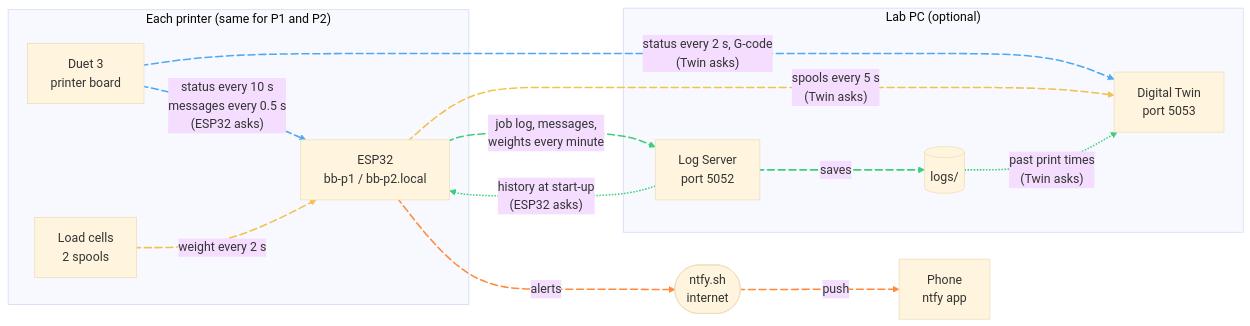
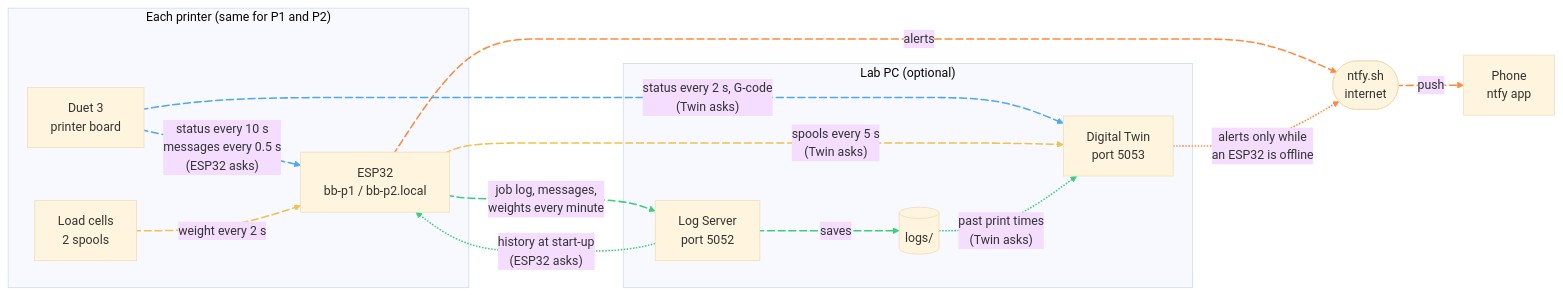
The diagram in README.md (rodriguezosvaldo/LARRI_BlackbeltPrinter), drawn with Mermaid (base theme) before and after one commit. The commit also changed other lines of this file and 5 other files, not shown here.

````diff
--- a/README.md
+++ b/README.md
@@ -48,40 +50,41 @@
 ```mermaid
 flowchart LR
   subgraph PR["Each printer (same for P1 and P2)"]
     D["Duet 3<br/>printer board"]
     C["Load cells<br/>2 spools"]
     E["ESP32<br/>bb-p1 / bb-p2.local"]
   end
   subgraph PC["Lab PC (optional)"]
     LS["Log Server<br/>port 5052"]
     LOGS[("logs/")]
     TW["Digital Twin<br/>port 5053"]
   end
   NT(["ntfy.sh<br/>internet"])
   PH["Phone<br/>ntfy app"]
 
   D e0@-->|"status every 10 s<br/>messages every 0.5 s<br/>(ESP32 asks)"| E
   C e1@-->|"weight every 2 s"| E
   E e2@-->|"alerts"| NT
   NT e3@-->|"push"| PH
   E e4@-->|"job log, messages,<br/>weights every minute"| LS
   LS e5@-.->|"history at start-up<br/>(ESP32 asks)"| E
   LS e6@-->|"saves"| LOGS
   D e7@-->|"status every 2 s, G-code<br/>(Twin asks)"| TW
   E e8@-->|"spools every 5 s<br/>(Twin asks)"| TW
   LOGS e9@-.->|"past print times<br/>(Twin asks)"| TW
+  TW e10@-.->|"alerts only while<br/>an ESP32 is offline"| NT
 
   e0@{ animate: true }
   e1@{ animate: true }
   e2@{ animate: true }
   e3@{ animate: true }
   e4@{ animate: true }
   e6@{ animate: true }
   e7@{ animate: true }
   e8@{ animate: true }
 
   linkStyle 0,7 stroke:#4ea8f2,stroke-width:2px
   linkStyle 1,8 stroke:#f2c14e,stroke-width:2px
-  linkStyle 2,3 stroke:#ff8a3d,stroke-width:2px
+  linkStyle 2,3,10 stroke:#ff8a3d,stroke-width:2px
   linkStyle 4,5,6,9 stroke:#3ccf7a,stroke-width:2px
 ```
````
